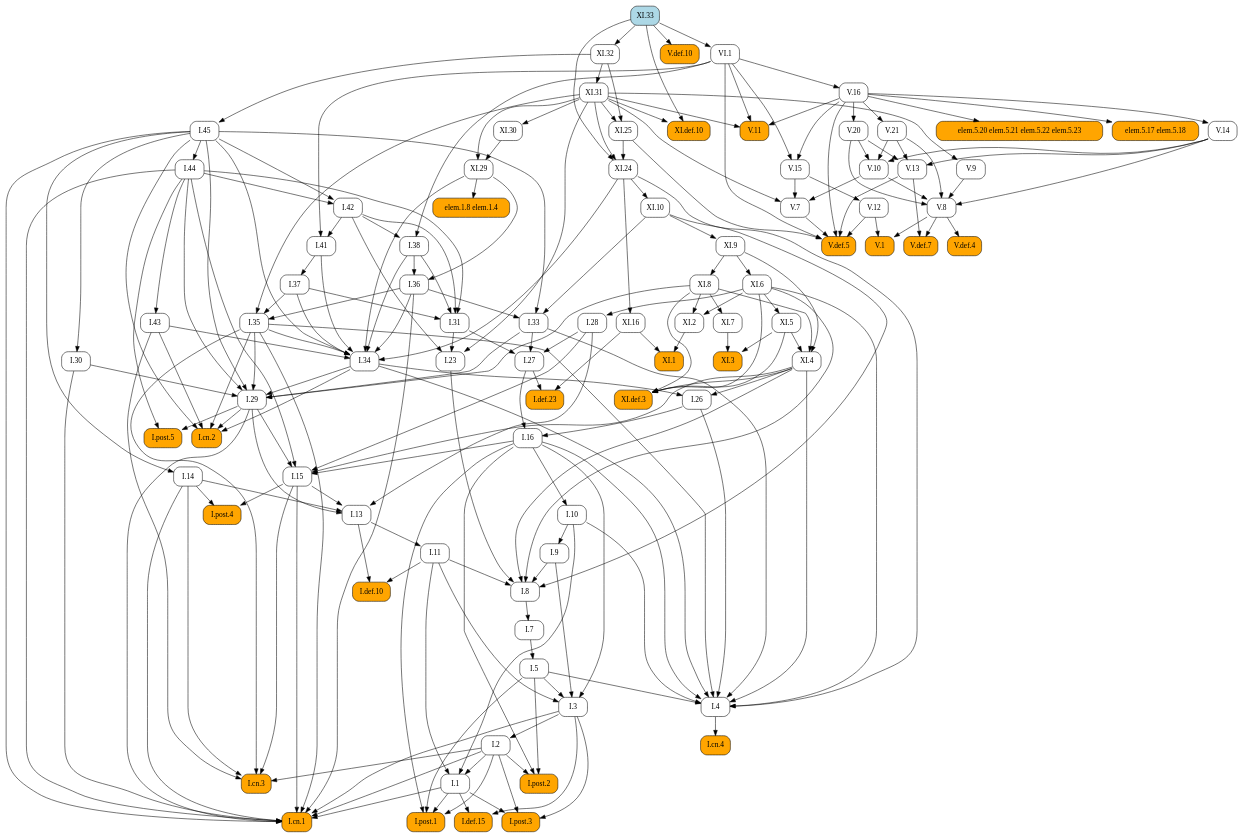
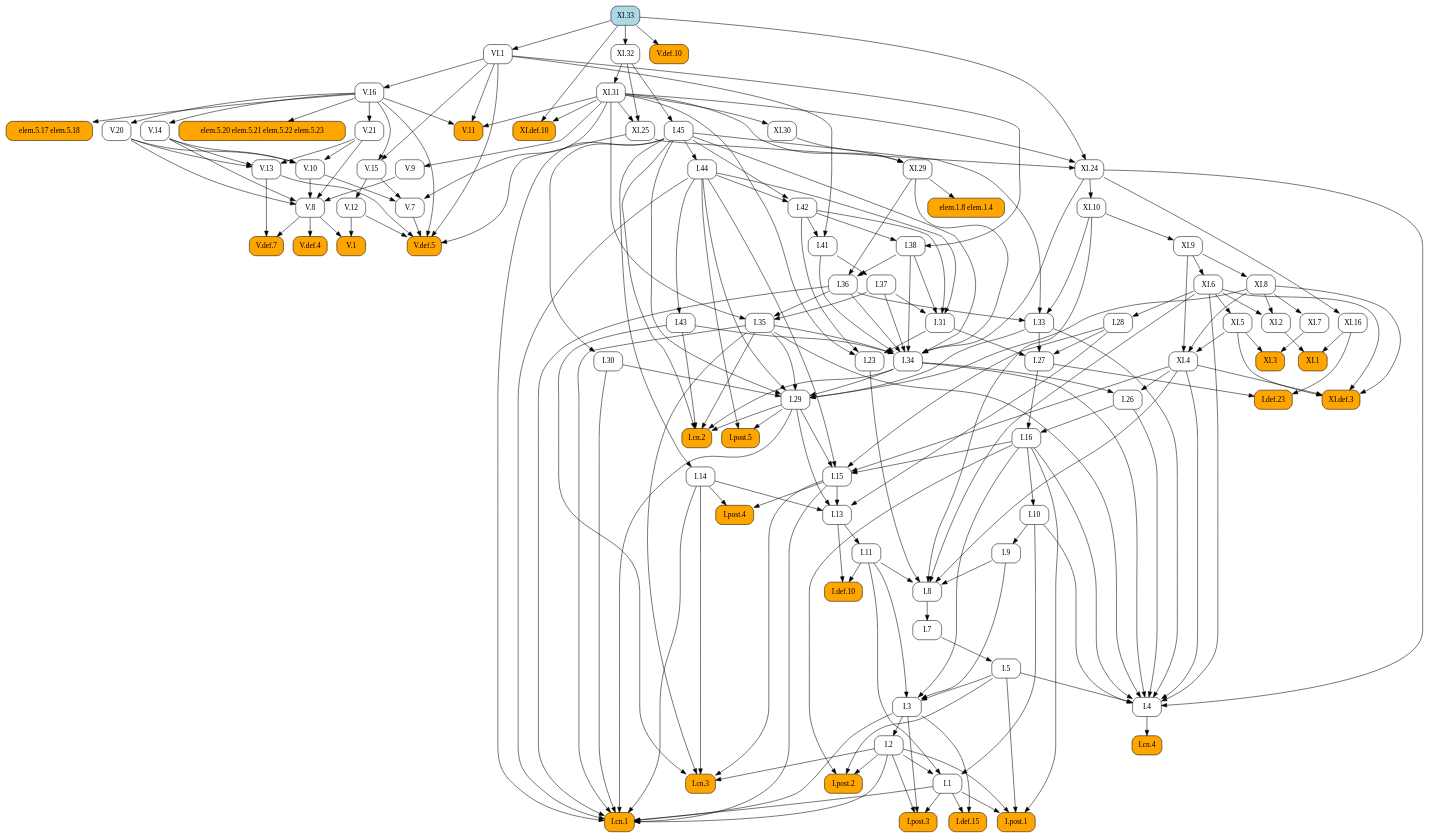
Before and after one commit to geometor/elements: the diagram in docsrc/heath/XI/33/index.rst, drawn with Graphviz. The commit also changed other lines of this file and 484 other files, not shown here.

```diff
--- a/docsrc/heath/XI/33/index.rst
+++ b/docsrc/heath/XI/33/index.rst
@@ -59,142 +63,138 @@
    digraph {
      rankdir="TB";
      node [shape=box, style=rounded];
+     "I.23" [URL="/heath/I/23/", target="_top"];
+     "I.9" [URL="/heath/I/9/", target="_top"];
+     "I.def.15" [style="rounded,filled", fillcolor=orange, URL="/heath/I/def.15/", target="_top"];
+     "V.13" [URL="/heath/V/13/", target="_top"];
+     "XI.24" [URL="/heath/XI/24/", target="_top"];
+     "V.7" [URL="/heath/V/7/", target="_top"];
+     "elem.5.17 elem.5.18" [style="rounded,filled", fillcolor=orange];
+     "XI.6" [URL="/heath/XI/6/", target="_top"];
+     "I.post.1" [style="rounded,filled", fillcolor=orange, URL="/heath/I/post.1/", target="_top"];
+     "V.14" [URL="/heath/V/14/", target="_top"];
+     "I.43" [URL="/heath/I/43/", target="_top"];
+     "V.9" [URL="/heath/V/9/", target="_top"];
+     "I.30" [URL="/heath/I/30/", target="_top"];
+     "I.31" [URL="/heath/I/31/", target="_top"];
+     "V.10" [URL="/heath/V/10/", target="_top"];
      "I.def.10" [style="rounded,filled", fillcolor=orange, URL="/heath/I/def.10/", target="_top"];
+     "XI.def.3" [style="rounded,filled", fillcolor=orange, URL="/heath/XI/def.3/", target="_top"];
+     "VI.1" [URL="/heath/VI/1/", target="_top"];
+     "XI.10" [URL="/heath/XI/10/", target="_top"];
+     "elem.1.8 elem.1.4" [style="rounded,filled", fillcolor=orange];
+     "I.14" [URL="/heath/I/14/", target="_top"];
+     "V.11" [style="rounded,filled", fillcolor=orange, URL="/heath/V/11/", target="_top"];
+     "XI.2" [URL="/heath/XI/2/", target="_top"];
+     "I.34" [URL="/heath/I/34/", target="_top"];
+     "XI.7" [URL="/heath/XI/7/", target="_top"];
+     "I.3" [URL="/heath/I/3/", target="_top"];
+     "V.def.4" [style="rounded,filled", fillcolor=orange, URL="/heath/V/def.4/", target="_top"];
+     "V.def.7" [style="rounded,filled", fillcolor=orange, URL="/heath/V/def.7/", target="_top"];
+     "V.21" [URL="/heath/V/21/", target="_top"];
+     "I.2" [URL="/heath/I/2/", target="_top"];
+     "I.13" [URL="/heath/I/13/", target="_top"];
+     "I.post.4" [style="rounded,filled", fillcolor=orange, URL="/heath/I/post.4/", target="_top"];
+     "I.4" [URL="/heath/I/4/", target="_top"];
+     "XI.33" [style="rounded,filled", fillcolor=lightblue, URL="/heath/XI/33/", target="_top"];
+     "I.1" [URL="/heath/I/1/", target="_top"];
+     "XI.16" [URL="/heath/XI/16/", target="_top"];
+     "I.8" [URL="/heath/I/8/", target="_top"];
+     "I.45" [URL="/heath/I/45/", target="_top"];
+     "I.29" [URL="/heath/I/29/", target="_top"];
+     "XI.31" [URL="/heath/XI/31/", target="_top"];
+     "XI.5" [URL="/heath/XI/5/", target="_top"];
+     "I.38" [URL="/heath/I/38/", target="_top"];
+     "V.8" [URL="/heath/V/8/", target="_top"];
+     "I.15" [URL="/heath/I/15/", target="_top"];
+     "I.10" [URL="/heath/I/10/", target="_top"];
      "I.11" [URL="/heath/I/11/", target="_top"];
-     "I.post.4" [style="rounded,filled", fillcolor=orange, URL="/heath/I/post.4/", target="_top"];
+     "I.def.23" [style="rounded,filled", fillcolor=orange, URL="/heath/I/def.23/", target="_top"];
+     "I.44" [URL="/heath/I/44/", target="_top"];
+     "XI.1" [style="rounded,filled", fillcolor=orange, URL="/heath/XI/1/", target="_top"];
+     "I.26" [URL="/heath/I/26/", target="_top"];
+     "V.16" [URL="/heath/V/16/", target="_top"];
+     "I.33" [URL="/heath/I/33/", target="_top"];
+     "XI.4" [URL="/heath/XI/4/", target="_top"];
+     "XI.8" [URL="/heath/XI/8/", target="_top"];
+     "I.post.3" [style="rounded,filled", fillcolor=orange, URL="/heath/I/post.3/", target="_top"];
+     "V.def.5" [style="rounded,filled", fillcolor=orange, URL="/heath/V/def.5/", target="_top"];
+     "XI.3" [style="rounded,filled", fillcolor=orange, URL="/heath/XI/3/", target="_top"];
+     "XI.def.10" [style="rounded,filled", fillcolor=orange, URL="/heath/XI/def.10/", target="_top"];
+     "I.42" [URL="/heath/I/42/", target="_top"];
+     "V.20" [URL="/heath/V/20/", target="_top"];
+     "I.27" [URL="/heath/I/27/", target="_top"];
+     "V.12" [URL="/heath/V/12/", target="_top"];
+     "I.35" [URL="/heath/I/35/", target="_top"];
+     "I.cn.1" [style="rounded,filled", fillcolor=orange, URL="/heath/I/cn.1/", target="_top"];
+     "I.7" [URL="/heath/I/7/", target="_top"];
+     "I.36" [URL="/heath/I/36/", target="_top"];
+     "I.5" [URL="/heath/I/5/", target="_top"];
+     "I.37" [URL="/heath/I/37/", target="_top"];
+     "V.def.10" [style="rounded,filled", fillcolor=orange, URL="/heath/V/def.10/", target="_top"];
+     "I.cn.3" [style="rounded,filled", fillcolor=orange, URL="/heath/I/cn.3/", target="_top"];
+     "I.16" [URL="/heath/I/16/", target="_top"];
+     "XI.29" [URL="/heath/XI/29/", target="_top"];
+     "V.1" [style="rounded,filled", fillcolor=orange, URL="/heath/V/1/", target="_top"];
+     "XI.9" [URL="/heath/XI/9/", target="_top"];
+     "I.cn.2" [style="rounded,filled", fillcolor=orange, URL="/heath/I/cn.2/", target="_top"];
+     "I.post.5" [style="rounded,filled", fillcolor=orange, URL="/heath/I/post.5/", target="_top"];
      "I.28" [URL="/heath/I/28/", target="_top"];
-     "I.1" [URL="/heath/I/1/", target="_top"];
-     "XI.7" [URL="/heath/XI/7/", target="_top"];
-     "V.def.5" [style="rounded,filled", fillcolor=orange, URL="/heath/V/def.5/", target="_top"];
-     "XI.9" [URL="/heath/XI/9/", target="_top"];
-     "XI.8" [URL="/heath/XI/8/", target="_top"];
-     "V.11" [style="rounded,filled", fillcolor=orange, URL="/heath/V/11/", target="_top"];
-     "V.13" [URL="/heath/V/13/", target="_top"];
-     "I.post.3" [style="rounded,filled", fillcolor=orange, URL="/heath/I/post.3/", target="_top"];
-     "VI.1" [URL="/heath/VI/1/", target="_top"];
-     "XI.1" [style="rounded,filled", fillcolor=orange, URL="/heath/XI/1/", target="_top"];
-     "I.cn.3" [style="rounded,filled", fillcolor=orange, URL="/heath/I/cn.3/", target="_top"];
+     "I.cn.4" [style="rounded,filled", fillcolor=orange, URL="/heath/I/cn.4/", target="_top"];
+     "V.15" [URL="/heath/V/15/", target="_top"];
+     "I.41" [URL="/heath/I/41/", target="_top"];
+     "I.post.2" [style="rounded,filled", fillcolor=orange, URL="/heath/I/post.2/", target="_top"];
+     "XI.30" [URL="/heath/XI/30/", target="_top"];
+     "XI.32" [URL="/heath/XI/32/", target="_top"];
+     "elem.5.20 elem.5.21 elem.5.22 elem.5.23" [style="rounded,filled", fillcolor=orange];
      "XI.25" [URL="/heath/XI/25/", target="_top"];
-     "I.14" [URL="/heath/I/14/", target="_top"];
-     "V.16" [URL="/heath/V/16/", target="_top"];
-     "XI.2" [URL="/heath/XI/2/", target="_top"];
-     "XI.16" [URL="/heath/XI/16/", target="_top"];
-     "XI.31" [URL="/heath/XI/31/", target="_top"];
-     "I.36" [URL="/heath/I/36/", target="_top"];
-     "I.41" [URL="/heath/I/41/", target="_top"];
-     "I.27" [URL="/heath/I/27/", target="_top"];
-     "I.37" [URL="/heath/I/37/", target="_top"];
-     "I.34" [URL="/heath/I/34/", target="_top"];
-     "V.8" [URL="/heath/V/8/", target="_top"];
-     "I.2" [URL="/heath/I/2/", target="_top"];
-     "I.def.23" [style="rounded,filled", fillcolor=orange, URL="/heath/I/def.23/", target="_top"];
-     "elem.1.8 elem.1.4" [style="rounded,filled", fillcolor=orange];
-     "XI.32" [URL="/heath/XI/32/", target="_top"];
-     "I.33" [URL="/heath/I/33/", target="_top"];
-     "I.post.2" [style="rounded,filled", fillcolor=orange, URL="/heath/I/post.2/", target="_top"];
-     "I.45" [URL="/heath/I/45/", target="_top"];
-     "I.42" [URL="/heath/I/42/", target="_top"];
-     "elem.5.20 elem.5.21 elem.5.22 elem.5.23" [style="rounded,filled", fillcolor=orange];
-     "I.9" [URL="/heath/I/9/", target="_top"];
-     "V.def.4" [style="rounded,filled", fillcolor=orange, URL="/heath/V/def.4/", target="_top"];
-     "I.cn.4" [style="rounded,filled", fillcolor=orange, URL="/heath/I/cn.4/", target="_top"];
-     "XI.33" [style="rounded,filled", fillcolor=lightblue, URL="/heath/XI/33/", target="_top"];
-     "I.15" [URL="/heath/I/15/", target="_top"];
-     "I.38" [URL="/heath/I/38/", target="_top"];
-     "V.def.7" [style="rounded,filled", fillcolor=orange, URL="/heath/V/def.7/", target="_top"];
-     "I.5" [URL="/heath/I/5/", target="_top"];
-     "V.21" [URL="/heath/V/21/", target="_top"];
-     "XI.def.3" [style="rounded,filled", fillcolor=orange, URL="/heath/XI/def.3/", target="_top"];
-     "I.26" [URL="/heath/I/26/", target="_top"];
-     "V.def.10" [style="rounded,filled", fillcolor=orange, URL="/heath/V/def.10/", target="_top"];
-     "V.14" [URL="/heath/V/14/", target="_top"];
-     "I.29" [URL="/heath/I/29/", target="_top"];
-     "V.12" [URL="/heath/V/12/", target="_top"];
-     "I.cn.2" [style="rounded,filled", fillcolor=orange, URL="/heath/I/cn.2/", target="_top"];
-     "V.20" [URL="/heath/V/20/", target="_top"];
-     "V.10" [URL="/heath/V/10/", target="_top"];
-     "XI.30" [URL="/heath/XI/30/", target="_top"];
-     "I.def.15" [style="rounded,filled", fillcolor=orange, URL="/heath/I/def.15/", target="_top"];
-     "V.15" [URL="/heath/V/15/", target="_top"];
-     "XI.5" [URL="/heath/XI/5/", target="_top"];
-     "I.cn.1" [style="rounded,filled", fillcolor=orange, URL="/heath/I/cn.1/", target="_top"];
-     "I.30" [URL="/heath/I/30/", target="_top"];
-     "V.7" [URL="/heath/V/7/", target="_top"];
-     "XI.29" [URL="/heath/XI/29/", target="_top"];
-     "V.9" [URL="/heath/V/9/", target="_top"];
-     "I.23" [URL="/heath/I/23/", target="_top"];
-     "I.43" [URL="/heath/I/43/", target="_top"];
-     "I.post.1" [style="rounded,filled", fillcolor=orange, URL="/heath/I/post.1/", target="_top"];
-     "XI.6" [URL="/heath/XI/6/", target="_top"];
-     "I.35" [URL="/heath/I/35/", target="_top"];
-     "I.7" [URL="/heath/I/7/", target="_top"];
-     "I.3" [URL="/heath/I/3/", target="_top"];
-     "I.4" [URL="/heath/I/4/", target="_top"];
-     "I.13" [URL="/heath/I/13/", target="_top"];
-     "XI.def.10" [style="rounded,filled", fillcolor=orange, URL="/heath/XI/def.10/", target="_top"];
-     "I.31" [URL="/heath/I/31/", target="_top"];
-     "V.1" [style="rounded,filled", fillcolor=orange, URL="/heath/V/1/", target="_top"];
-     "I.16" [URL="/heath/I/16/", target="_top"];
-     "elem.5.17 elem.5.18" [style="rounded,filled", fillcolor=orange];
-     "I.8" [URL="/heath/I/8/", target="_top"];
-     "XI.4" [URL="/heath/XI/4/", target="_top"];
-     "XI.24" [URL="/heath/XI/24/", target="_top"];
-     "I.post.5" [style="rounded,filled", fillcolor=orange, URL="/heath/I/post.5/", target="_top"];
-     "I.44" [URL="/heath/I/44/", target="_top"];
-     "I.10" [URL="/heath/I/10/", target="_top"];
-     "XI.10" [URL="/heath/XI/10/", target="_top"];
-     "XI.3" [style="rounded,filled", fillcolor=orange, URL="/heath/XI/3/", target="_top"];
+     "I.31" -> "I.23";
+     "I.42" -> "I.23";
+     "XI.31" -> "I.23";
+     "I.10" -> "I.9";
+     "I.1" -> "I.def.15";
+     "I.3" -> "I.def.15";
+     "V.14" -> "V.13";
+     "V.20" -> "V.13";
+     "V.21" -> "V.13";
+     "XI.25" -> "XI.24";
+     "XI.31" -> "XI.24";
+     "XI.33" -> "XI.24";
+     "V.10" -> "V.7";
+     "V.15" -> "V.7";
+     "XI.31" -> "V.7";
+     "V.16" -> "elem.5.17 elem.5.18";
+     "XI.9" -> "XI.6";
+     "I.1" -> "I.post.1";
+     "I.2" -> "I.post.1";
+     "I.5" -> "I.post.1";
+     "I.16" -> "I.post.1";
+     "V.16" -> "V.14";
+     "I.44" -> "I.43";
+     "XI.31" -> "V.9";
+     "I.45" -> "I.30";
+     "I.37" -> "I.31";
+     "I.38" -> "I.31";
+     "I.42" -> "I.31";
+     "I.44" -> "I.31";
+     "V.14" -> "V.10";
+     "V.20" -> "V.10";
+     "V.21" -> "V.10";
      "I.11" -> "I.def.10";
      "I.13" -> "I.def.10";
-     "I.13" -> "I.11";
-     "I.14" -> "I.post.4";
-     "I.15" -> "I.post.4";
-     "XI.6" -> "I.28";
-     "I.2" -> "I.1";
-     "I.10" -> "I.1";
-     "I.11" -> "I.1";
-     "XI.8" -> "XI.7";
-     "V.7" -> "V.def.5";
-     "V.12" -> "V.def.5";
-     "V.13" -> "V.def.5";
-     "V.16" -> "V.def.5";
-     "VI.1" -> "V.def.5";
-     "XI.25" -> "V.def.5";
-     "XI.10" -> "XI.9";
-     "XI.9" -> "XI.8";
+     "XI.4" -> "XI.def.3";
+     "XI.5" -> "XI.def.3";
+     "XI.6" -> "XI.def.3";
+     "XI.8" -> "XI.def.3";
+     "XI.33" -> "VI.1";
+     "XI.24" -> "XI.10";
+     "XI.29" -> "elem.1.8 elem.1.4";
+     "I.45" -> "I.14";
      "V.16" -> "V.11";
      "VI.1" -> "V.11";
      "XI.31" -> "V.11";
-     "V.14" -> "V.13";
-     "V.20" -> "V.13";
-     "V.21" -> "V.13";
-     "I.1" -> "I.post.3";
-     "I.2" -> "I.post.3";
-     "I.3" -> "I.post.3";
-     "XI.33" -> "VI.1";
-     "XI.2" -> "XI.1";
-     "XI.16" -> "XI.1";
-     "I.2" -> "I.cn.3";
-     "I.14" -> "I.cn.3";
-     "I.15" -> "I.cn.3";
-     "I.35" -> "I.cn.3";
-     "I.43" -> "I.cn.3";
-     "XI.31" -> "XI.25";
-     "XI.32" -> "XI.25";
-     "I.45" -> "I.14";
-     "VI.1" -> "V.16";
      "XI.6" -> "XI.2";
      "XI.8" -> "XI.2";
-     "XI.24" -> "XI.16";
-     "XI.32" -> "XI.31";
-     "I.38" -> "I.36";
-     "XI.29" -> "I.36";
-     "I.42" -> "I.41";
-     "VI.1" -> "I.41";
-     "I.28" -> "I.27";
-     "I.31" -> "I.27";
-     "I.33" -> "I.27";
-     "I.41" -> "I.37";
      "I.35" -> "I.34";
      "I.36" -> "I.34";
      "I.37" -> "I.34";
@@ -204,48 +204,43 @@
      "I.45" -> "I.34";
      "XI.24" -> "I.34";
      "XI.29" -> "I.34";
-     "V.9" -> "V.8";
-     "V.10" -> "V.8";
-     "V.14" -> "V.8";
-     "V.20" -> "V.8";
-     "V.21" -> "V.8";
-     "I.3" -> "I.2";
-     "I.27" -> "I.def.23";
-     "XI.16" -> "I.def.23";
-     "XI.29" -> "elem.1.8 elem.1.4";
-     "XI.33" -> "XI.32";
-     "I.36" -> "I.33";
-     "I.45" -> "I.33";
-     "XI.10" -> "I.33";
-     "I.2" -> "I.post.2";
-     "I.5" -> "I.post.2";
-     "I.16" -> "I.post.2";
-     "XI.32" -> "I.45";
-     "I.44" -> "I.42";
-     "I.45" -> "I.42";
-     "V.16" -> "elem.5.20 elem.5.21 elem.5.22 elem.5.23";
-     "I.10" -> "I.9";
+     "XI.8" -> "XI.7";
+     "I.5" -> "I.3";
+     "I.9" -> "I.3";
+     "I.11" -> "I.3";
+     "I.16" -> "I.3";
      "V.8" -> "V.def.4";
-     "I.4" -> "I.cn.4";
-     "I.16" -> "I.15";
-     "I.28" -> "I.15";
-     "I.29" -> "I.15";
-     "I.44" -> "I.15";
-     "XI.4" -> "I.15";
-     "I.42" -> "I.38";
-     "VI.1" -> "I.38";
      "V.8" -> "V.def.7";
      "V.13" -> "V.def.7";
-     "I.7" -> "I.5";
      "V.16" -> "V.21";
-     "XI.4" -> "XI.def.3";
-     "XI.5" -> "XI.def.3";
-     "XI.6" -> "XI.def.3";
-     "XI.8" -> "XI.def.3";
-     "I.34" -> "I.26";
-     "XI.4" -> "I.26";
-     "XI.33" -> "V.def.10";
-     "V.16" -> "V.14";
+     "I.3" -> "I.2";
+     "I.14" -> "I.13";
+     "I.15" -> "I.13";
+     "I.28" -> "I.13";
+     "I.29" -> "I.13";
+     "I.14" -> "I.post.4";
+     "I.15" -> "I.post.4";
+     "I.5" -> "I.4";
+     "I.10" -> "I.4";
+     "I.16" -> "I.4";
+     "I.26" -> "I.4";
+     "I.33" -> "I.4";
+     "I.34" -> "I.4";
+     "I.35" -> "I.4";
+     "XI.4" -> "I.4";
+     "XI.6" -> "I.4";
+     "XI.24" -> "I.4";
+     "I.2" -> "I.1";
+     "I.10" -> "I.1";
+     "I.11" -> "I.1";
+     "XI.24" -> "XI.16";
+     "I.9" -> "I.8";
+     "I.11" -> "I.8";
+     "I.23" -> "I.8";
+     "XI.4" -> "I.8";
+     "XI.6" -> "I.8";
+     "XI.10" -> "I.8";
+     "XI.32" -> "I.45";
      "I.30" -> "I.29";
      "I.33" -> "I.29";
      "I.34" -> "I.29";
@@ -253,22 +248,60 @@
      "I.44" -> "I.29";
      "I.45" -> "I.29";
      "XI.8" -> "I.29";
+     "XI.32" -> "XI.31";
+     "XI.6" -> "XI.5";
+     "I.42" -> "I.38";
+     "VI.1" -> "I.38";
+     "V.9" -> "V.8";
+     "V.10" -> "V.8";
+     "V.14" -> "V.8";
+     "V.20" -> "V.8";
+     "V.21" -> "V.8";
+     "I.16" -> "I.15";
+     "I.28" -> "I.15";
+     "I.29" -> "I.15";
+     "I.44" -> "I.15";
+     "XI.4" -> "I.15";
+     "I.16" -> "I.10";
+     "I.13" -> "I.11";
+     "I.27" -> "I.def.23";
+     "XI.16" -> "I.def.23";
+     "I.45" -> "I.44";
+     "XI.2" -> "XI.1";
+     "XI.16" -> "XI.1";
+     "I.34" -> "I.26";
+     "XI.4" -> "I.26";
+     "VI.1" -> "V.16";
+     "I.36" -> "I.33";
+     "I.45" -> "I.33";
+     "XI.10" -> "I.33";
+     "XI.5" -> "XI.4";
+     "XI.8" -> "XI.4";
+     "XI.9" -> "XI.4";
+     "XI.9" -> "XI.8";
+     "I.1" -> "I.post.3";
+     "I.2" -> "I.post.3";
+     "I.3" -> "I.post.3";
+     "V.7" -> "V.def.5";
+     "V.12" -> "V.def.5";
+     "V.13" -> "V.def.5";
+     "V.16" -> "V.def.5";
+     "VI.1" -> "V.def.5";
+     "XI.25" -> "V.def.5";
+     "XI.5" -> "XI.3";
+     "XI.7" -> "XI.3";
+     "XI.31" -> "XI.def.10";
+     "XI.33" -> "XI.def.10";
+     "I.44" -> "I.42";
+     "I.45" -> "I.42";
+     "V.16" -> "V.20";
+     "I.28" -> "I.27";
+     "I.31" -> "I.27";
+     "I.33" -> "I.27";
      "V.15" -> "V.12";
-     "I.29" -> "I.cn.2";
-     "I.34" -> "I.cn.2";
-     "I.35" -> "I.cn.2";
-     "I.43" -> "I.cn.2";
-     "I.45" -> "I.cn.2";
-     "V.16" -> "V.20";
-     "V.14" -> "V.10";
-     "V.20" -> "V.10";
-     "V.21" -> "V.10";
-     "XI.31" -> "XI.30";
-     "I.1" -> "I.def.15";
-     "I.3" -> "I.def.15";
-     "V.16" -> "V.15";
-     "VI.1" -> "V.15";
-     "XI.6" -> "XI.5";
+     "I.36" -> "I.35";
+     "I.37" -> "I.35";
+     "XI.31" -> "I.35";
      "I.1" -> "I.cn.1";
      "I.2" -> "I.cn.1";
      "I.3" -> "I.cn.1";
@@ -280,72 +313,43 @@
      "I.36" -> "I.cn.1";
      "I.44" -> "I.cn.1";
      "I.45" -> "I.cn.1";
-     "I.45" -> "I.30";
-     "V.10" -> "V.7";
-     "V.15" -> "V.7";
-     "XI.31" -> "V.7";
+     "I.8" -> "I.7";
+     "I.38" -> "I.36";
+     "XI.29" -> "I.36";
+     "I.7" -> "I.5";
+     "I.41" -> "I.37";
+     "XI.33" -> "V.def.10";
+     "I.2" -> "I.cn.3";
+     "I.14" -> "I.cn.3";
+     "I.15" -> "I.cn.3";
+     "I.35" -> "I.cn.3";
+     "I.43" -> "I.cn.3";
+     "I.26" -> "I.16";
+     "I.27" -> "I.16";
      "XI.30" -> "XI.29";
      "XI.31" -> "XI.29";
-     "XI.31" -> "V.9";
-     "I.31" -> "I.23";
-     "I.42" -> "I.23";
-     "XI.31" -> "I.23";
-     "I.44" -> "I.43";
-     "I.1" -> "I.post.1";
-     "I.2" -> "I.post.1";
-     "I.5" -> "I.post.1";
-     "I.16" -> "I.post.1";
-     "XI.9" -> "XI.6";
-     "I.36" -> "I.35";
-     "I.37" -> "I.35";
-     "XI.31" -> "I.35";
-     "I.8" -> "I.7";
-     "I.5" -> "I.3";
-     "I.9" -> "I.3";
-     "I.11" -> "I.3";
-     "I.16" -> "I.3";
-     "I.5" -> "I.4";
-     "I.10" -> "I.4";
-     "I.16" -> "I.4";
-     "I.26" -> "I.4";
-     "I.33" -> "I.4";
-     "I.34" -> "I.4";
-     "I.35" -> "I.4";
-     "XI.4" -> "I.4";
-     "XI.6" -> "I.4";
-     "XI.24" -> "I.4";
-     "I.14" -> "I.13";
-     "I.15" -> "I.13";
-     "I.28" -> "I.13";
-     "I.29" -> "I.13";
-     "XI.31" -> "XI.def.10";
-     "XI.33" -> "XI.def.10";
-     "I.37" -> "I.31";
-     "I.38" -> "I.31";
-     "I.42" -> "I.31";
-     "I.44" -> "I.31";
      "V.8" -> "V.1";
      "V.12" -> "V.1";
-     "I.26" -> "I.16";
-     "I.27" -> "I.16";
-     "V.16" -> "elem.5.17 elem.5.18";
-     "I.9" -> "I.8";
-     "I.11" -> "I.8";
-     "I.23" -> "I.8";
-     "XI.4" -> "I.8";
-     "XI.6" -> "I.8";
-     "XI.10" -> "I.8";
-     "XI.5" -> "XI.4";
-     "XI.8" -> "XI.4";
-     "XI.9" -> "XI.4";
-     "XI.25" -> "XI.24";
-     "XI.31" -> "XI.24";
-     "XI.33" -> "XI.24";
+     "XI.10" -> "XI.9";
+     "I.29" -> "I.cn.2";
+     "I.34" -> "I.cn.2";
+     "I.35" -> "I.cn.2";
+     "I.43" -> "I.cn.2";
+     "I.45" -> "I.cn.2";
      "I.29" -> "I.post.5";
      "I.44" -> "I.post.5";
-     "I.45" -> "I.44";
-     "I.16" -> "I.10";
-     "XI.24" -> "XI.10";
-     "XI.5" -> "XI.3";
-     "XI.7" -> "XI.3";
+     "XI.6" -> "I.28";
+     "I.4" -> "I.cn.4";
+     "V.16" -> "V.15";
+     "VI.1" -> "V.15";
+     "I.42" -> "I.41";
+     "VI.1" -> "I.41";
+     "I.2" -> "I.post.2";
+     "I.5" -> "I.post.2";
+     "I.16" -> "I.post.2";
+     "XI.31" -> "XI.30";
+     "XI.33" -> "XI.32";
+     "V.16" -> "elem.5.20 elem.5.21 elem.5.22 elem.5.23";
+     "XI.31" -> "XI.25";
+     "XI.32" -> "XI.25";
    }
```
